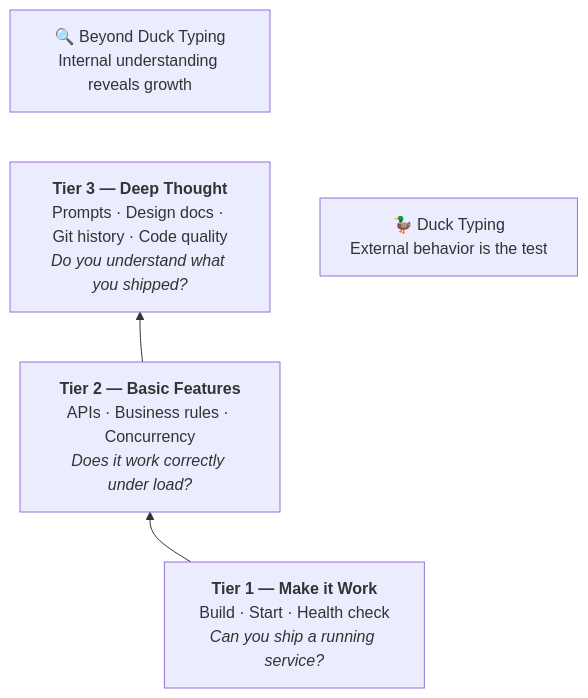
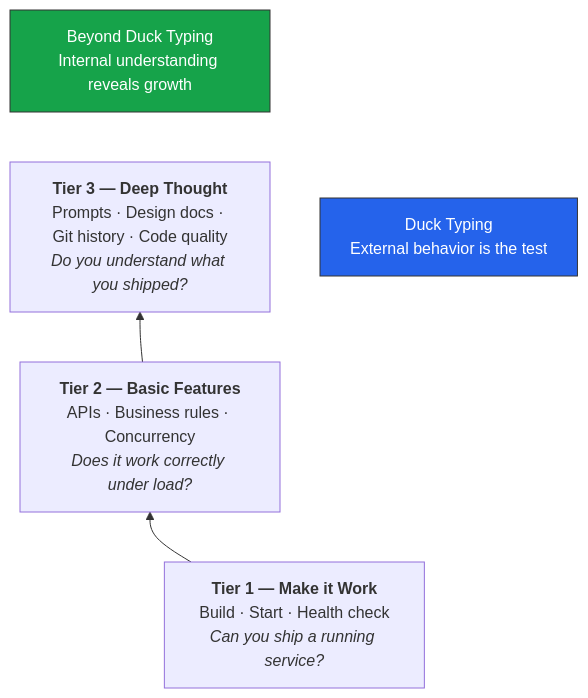
One commit to taokim/taokim.github.io changed the fourth of 4 diagrams in content/posts/2026-02-24-ai-native-hiring-philosophy.md. Above: the diagram before and after it, drawn with Mermaid. The commit also changed other lines of this file and 1 other file, not shown here.

```diff
--- a/content/posts/2026-02-24-ai-native-hiring-philosophy.md
+++ b/content/posts/2026-02-24-ai-native-hiring-philosophy.md
@@ -275,15 +277,18 @@
 {{< mermaid title="3-Tier Evaluation Model" >}}
 graph BT
     T1["<b>Tier 1 — Make it Work</b><br/>Build · Start · Health check<br/><i>Can you ship a running service?</i>"]
     T2["<b>Tier 2 — Basic Features</b><br/>APIs · Business rules · Concurrency<br/><i>Does it work correctly under load?</i>"]
     T3["<b>Tier 3 — Deep Thought</b><br/>Prompts · Design docs · Git history · Code quality<br/><i>Do you understand what you shipped?</i>"]
 
     T1 --> T2 --> T3
 
-    DT["🦆 Duck Typing<br/>External behavior is the test"]
-    BDT["🔍 Beyond Duck Typing<br/>Internal understanding reveals growth"]
+    DT["Duck Typing<br/>External behavior is the test"]
+    BDT["Beyond Duck Typing<br/>Internal understanding reveals growth"]
 
     T1 ~~~ DT
     T2 ~~~ DT
     T3 ~~~ BDT
+
+    style DT fill:#2563eb,stroke:#333,color:#fff
+    style BDT fill:#16a34a,stroke:#333,color:#fff
 {{< /mermaid >}}
```
